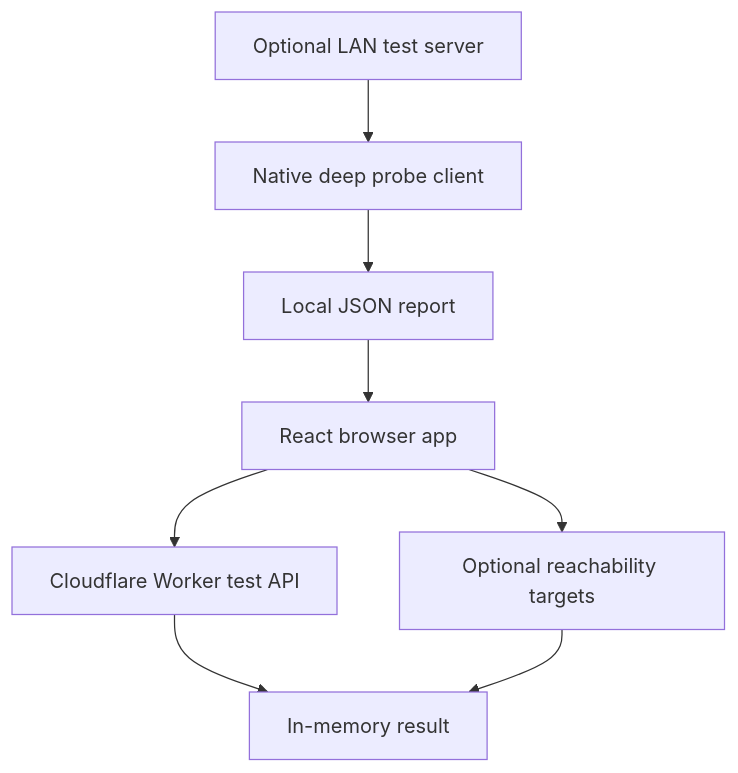
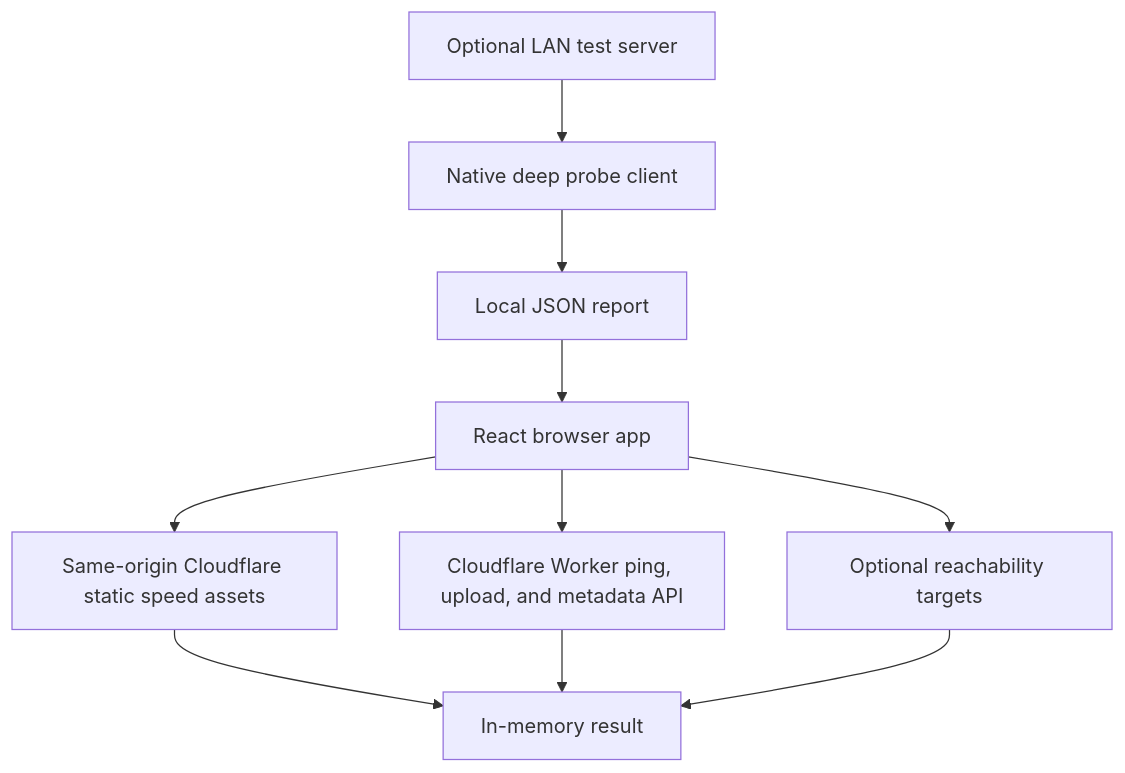
The diagram in README.md (JohnnyZLi/Network-Diagnostics-Suite), drawn with Mermaid before and after one commit. The commit also changed other lines of this file, not shown here.

Commit message:
Describe first-party static edge throughput delivery

````diff
--- a/README.md
+++ b/README.md
@@ -43,10 +43,12 @@
 ```mermaid
 flowchart TD
-    Browser["React browser app"] --> Worker["Cloudflare Worker test API"]
+    Browser["React browser app"] --> Assets["Same-origin Cloudflare static speed assets"]
+    Browser --> Worker["Cloudflare Worker ping, upload, and metadata API"]
     Browser --> Services["Optional reachability targets"]
     LanServer["Optional LAN test server"] --> Probe["Native deep probe client"]
     Probe --> Report["Local JSON report"]
     Report --> Browser
-    Worker --> Result["In-memory result"]
+    Assets --> Result["In-memory result"]
+    Worker --> Result
     Services --> Result
 ```
````
